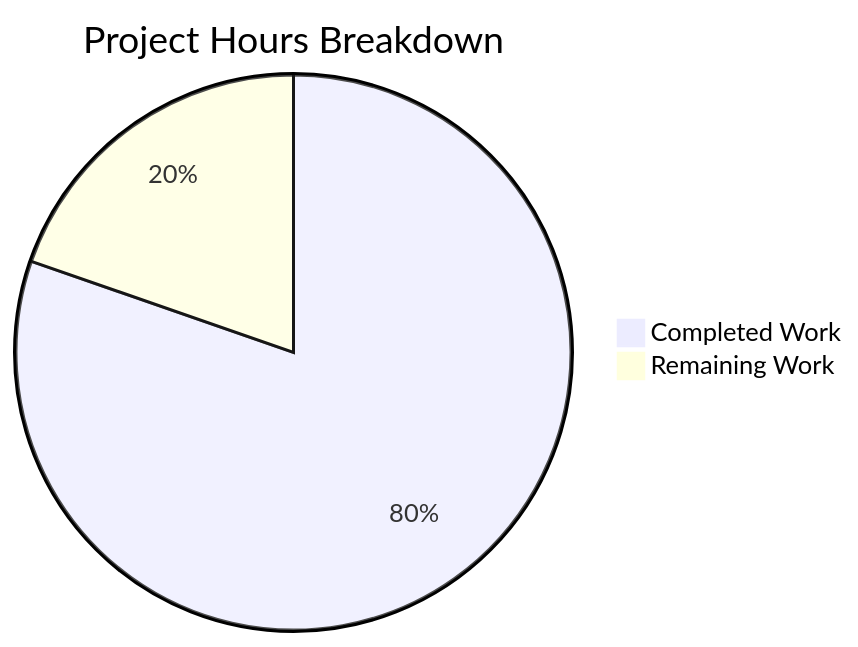
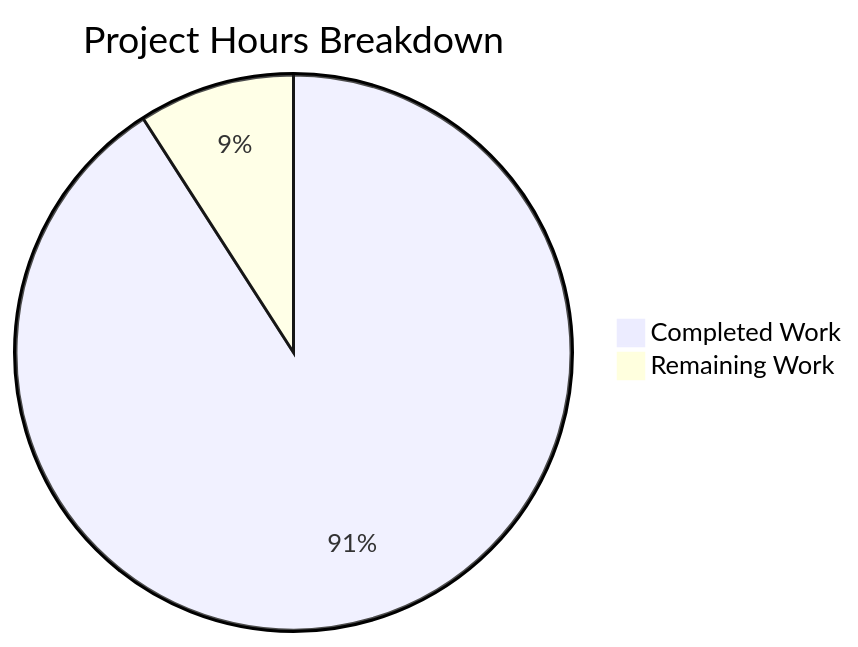
The diagram in blitzy/documentation/Project Guide.md (sudhanshu-spec/test-spec), drawn with Mermaid before and after one commit. The commit also changed other lines of this file, not shown here.

Commit message:
Adding Blitzy Project Guide: Project Status and Human Tasks Remaining

````diff
--- a/blitzy/documentation/Project Guide.md
+++ b/blitzy/documentation/Project Guide.md
@@ -65,5 +25,5 @@
 ```mermaid
 pie title Project Hours Breakdown
-    "Completed Work" : 49
-    "Remaining Work" : 12
+    "Completed Work" : 50
+    "Remaining Work" : 5
 ```
````
